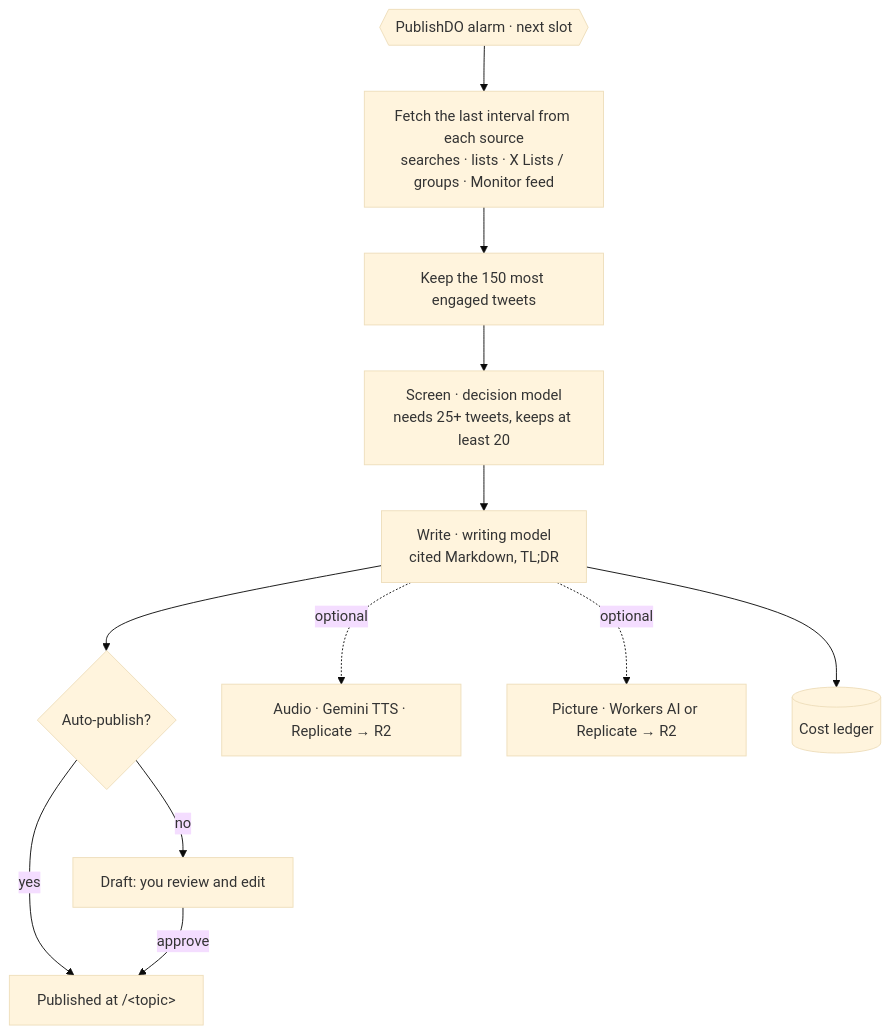
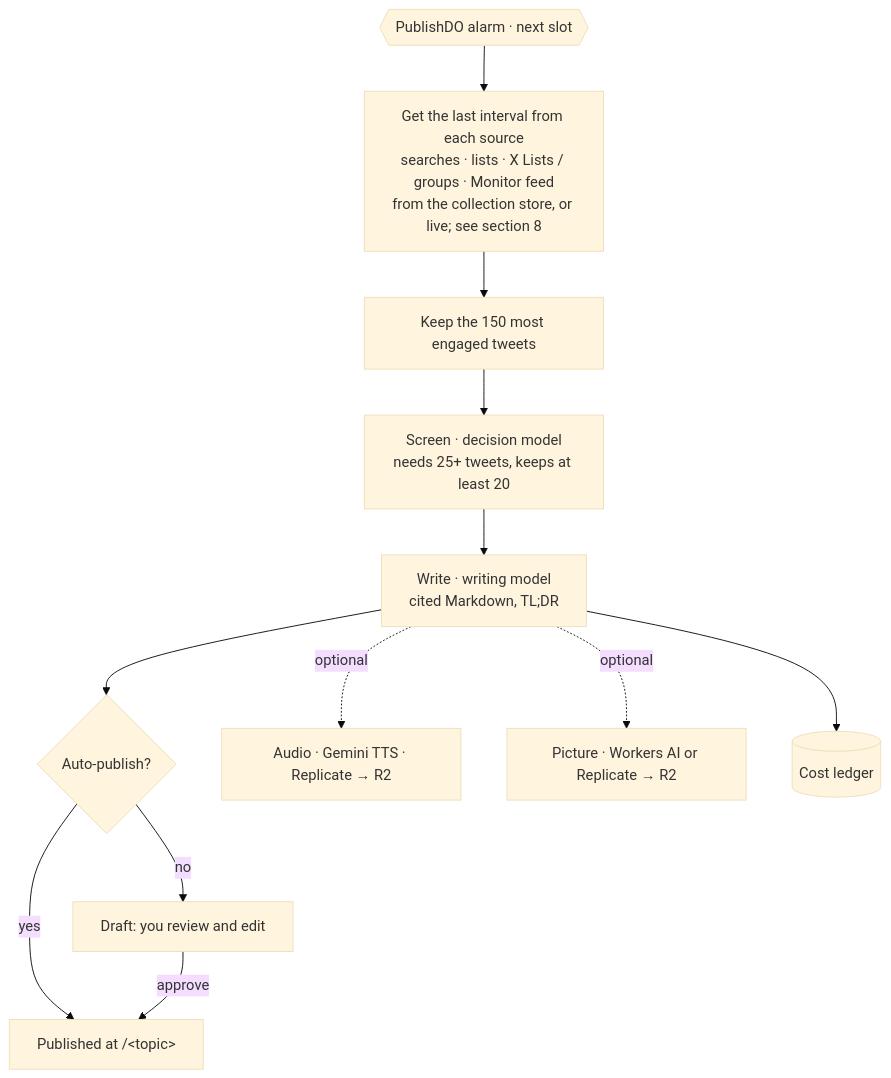
The fourth of 5 diagrams in docs/flows.md (fredrikp999/cf-tweetexplorer), drawn with Mermaid (base theme) before and after one commit. The commit also changed other lines of this file and 17 other files, not shown here.

First line of the commit message:
Data collection is its own layer: briefings, Signal and feed pages declare what they need, sources are collected once, and a Collection tab shows what is fetched, how often, what it cost and who uses it, with a browser for the collected data

````diff
--- a/docs/flows.md
+++ b/docs/flows.md
@@ -85,14 +85,14 @@
 ```mermaid
 flowchart TD
-  AL{{PublishDO alarm · next slot}} --> FE[Fetch the last interval from each source<br/>searches · lists · X Lists / groups · Monitor feed]
+  AL{{PublishDO alarm · next slot}} --> FE[Get the last interval from each source<br/>searches · lists · X Lists / groups · Monitor feed<br/>from the collection store, or live; see section 8]
   FE --> TOP[Keep the 150 most engaged tweets]
   TOP --> SC[Screen · decision model<br/>needs 25+ tweets, keeps at least 20]
   SC --> WR[Write · writing model<br/>cited Markdown, TL;DR]
   WR --> IS{Auto-publish?}
   IS -->|no| DR[Draft: you review and edit]
   IS -->|yes| PB[Published at /&lt;topic&gt;]
   DR -->|approve| PB
   WR -.->|optional| AU[Audio · Gemini TTS · Replicate → R2]
   WR -.->|optional| IM[Picture · Workers AI or Replicate → R2]
   WR --> LED[(Cost ledger)]
 ```
````
